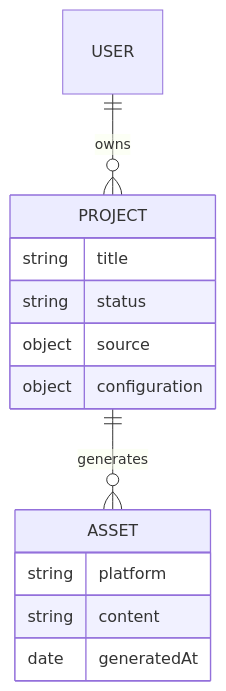
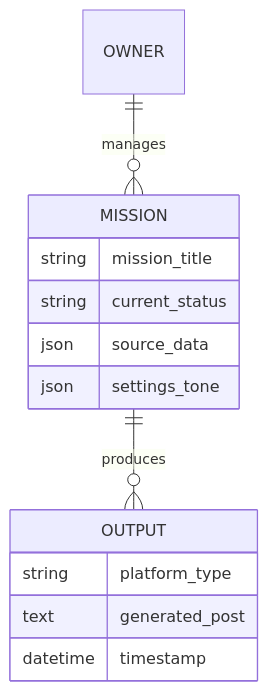
Before and after one commit to naresh-rn/echoly: diagram 15 of 20 in ALL_DIAGRAMS.md, drawn with Mermaid. The commit also changed other lines of this file and 1 other file, not shown here.

Commit message:
docs: repair diagram rendering and finalize comprehensive architecture dossier

````diff
--- a/ALL_DIAGRAMS.md
+++ b/ALL_DIAGRAMS.md
@@ -353,16 +352,16 @@
 ```mermaid
 erDiagram
-    USER ||--o{ PROJECT : owns
-    PROJECT ||--o{ ASSET : generates
-    PROJECT {
-        string title
-        string status
-        object source
-        object configuration
+    OWNER ||--o{ MISSION : manages
+    MISSION ||--o{ OUTPUT : produces
+    MISSION {
+        string mission_title
+        string current_status
+        json source_data
+        json settings_tone
     }
-    ASSET {
-        string platform
-        string content
-        date generatedAt
+    OUTPUT {
+        string platform_type
+        text generated_post
+        datetime timestamp
     }
 ```
````
